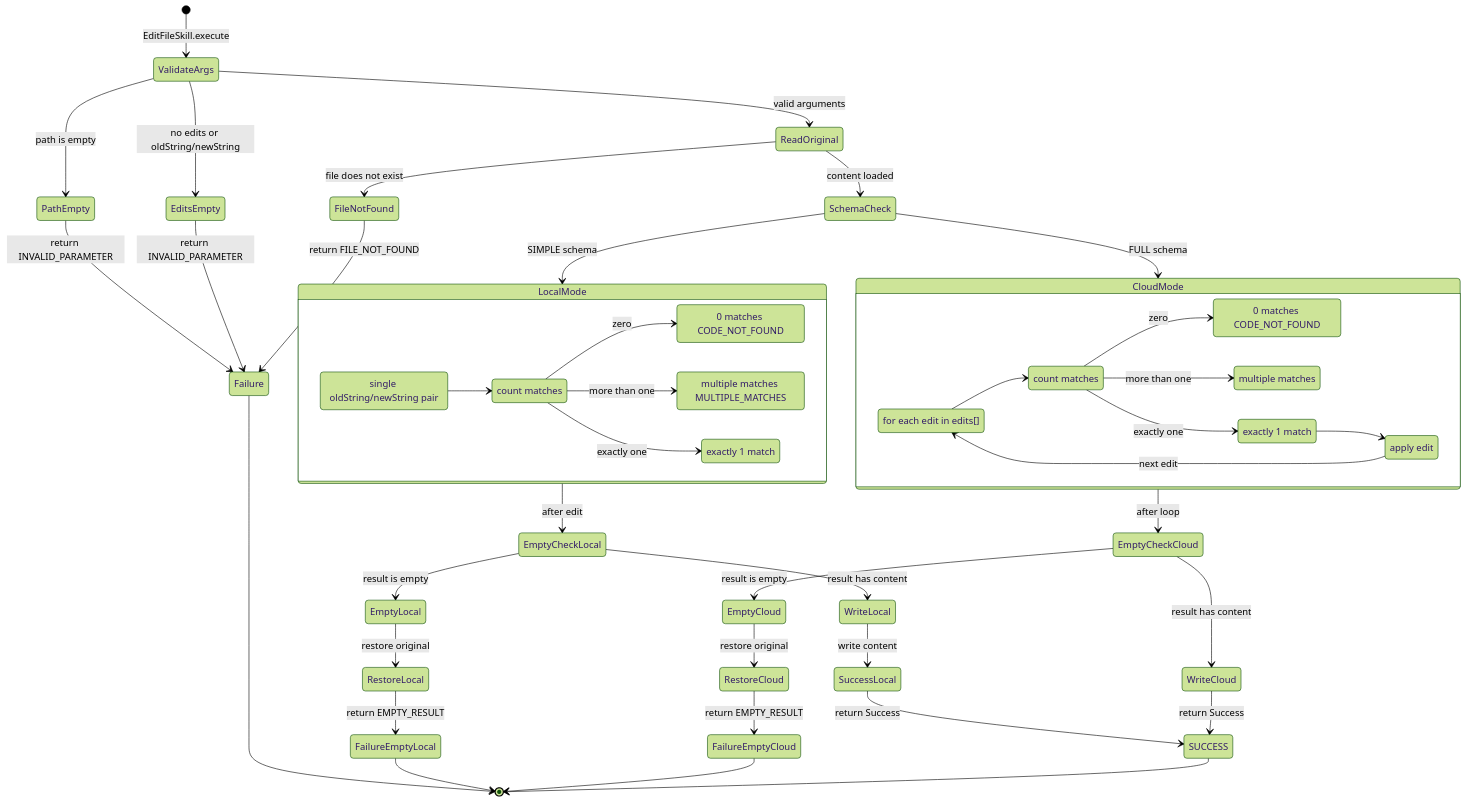
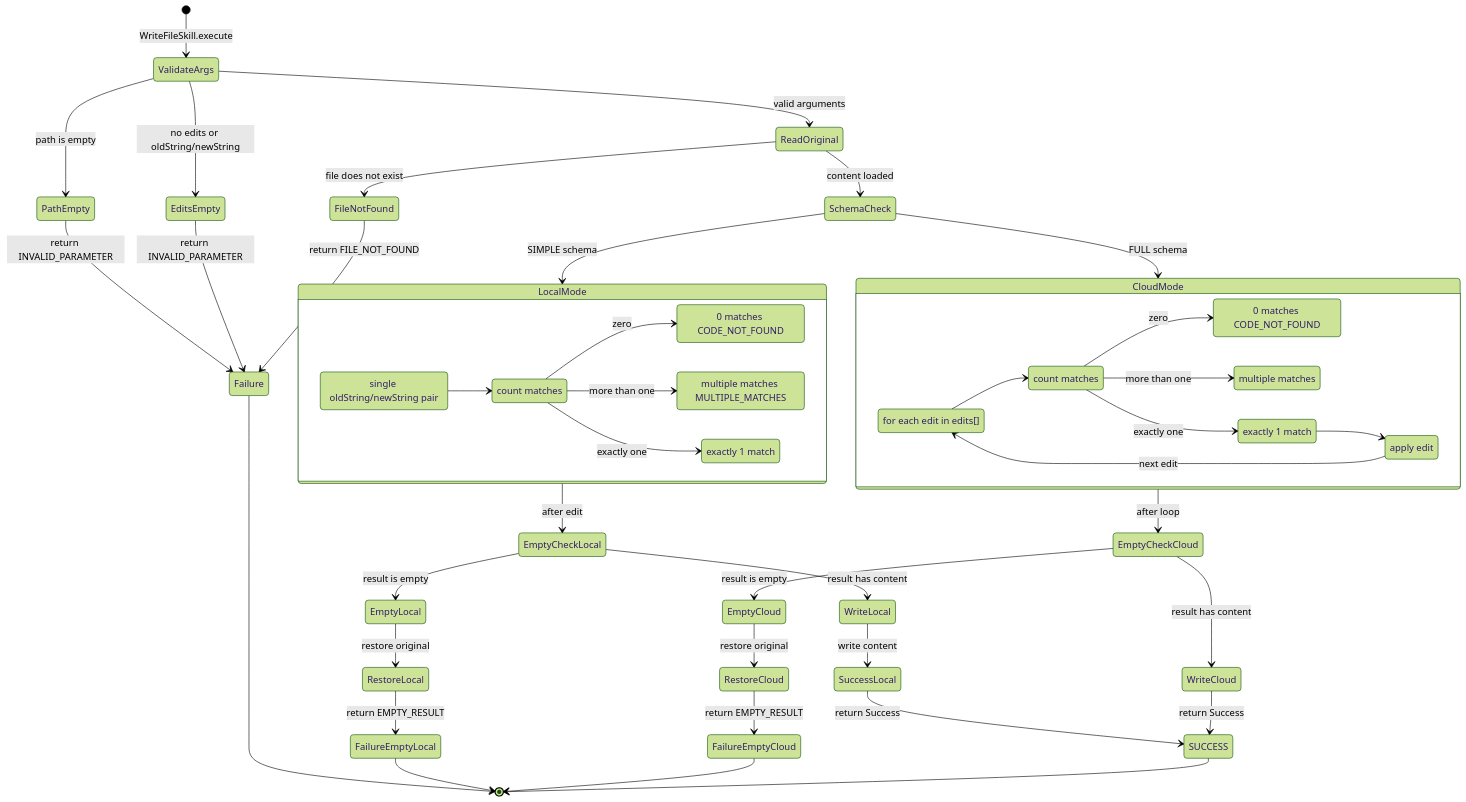
Before and after one commit to lg841226/Gradum: diagram 12 of 29 in docs/ARCHITECTURE.md, drawn with Mermaid (forest theme). The commit also changed other lines of this file and 41 other files, not shown here.

First line of the commit message:
feat: merge save_file and edit_file into a single write_file skill

````diff
--- a/docs/ARCHITECTURE.md
+++ b/docs/ARCHITECTURE.md
@@ -883,62 +878,62 @@
 ```mermaid
 stateDiagram-v2
-    [*] --> ValidateArgs: EditFileSkill.execute
+    [*] --> ValidateArgs: WriteFileSkill.execute
     ValidateArgs --> PathEmpty: path is empty
     ValidateArgs --> EditsEmpty: no edits or oldString/newString
     ValidateArgs --> ReadOriginal: valid arguments
     PathEmpty --> Failure: return INVALID_PARAMETER
     EditsEmpty --> Failure: return INVALID_PARAMETER
     ReadOriginal --> FileNotFound: file does not exist
     FileNotFound --> Failure: return FILE_NOT_FOUND
     ReadOriginal --> SchemaCheck: content loaded
     state SchemaCheck <<choice>>
     SchemaCheck --> LocalMode: SIMPLE schema
     SchemaCheck --> CloudMode: FULL schema
 
     state LocalMode {
         direction LR
         L1: single oldString/newString pair
         L2: count matches
         L3: 0 matches CODE_NOT_FOUND
         L4: multiple matches MULTIPLE_MATCHES
         L5: exactly 1 match
         L1 --> L2
         L2 --> L3: zero
         L2 --> L4: more than one
         L2 --> L5: exactly one
     }
 
     state CloudMode {
         direction LR
         C1: for each edit in edits[]
         C2: count matches
         C3: 0 matches CODE_NOT_FOUND
         C4: multiple matches
         C5: exactly 1 match
         C6: apply edit
         C1 --> C2
         C2 --> C3: zero
         C2 --> C4: more than one
         C2 --> C5: exactly one
         C5 --> C6
         C6 --> C1: next edit
     }
 
     LocalMode --> EmptyCheckLocal: after edit
     CloudMode --> EmptyCheckCloud: after loop
     EmptyCheckLocal --> EmptyLocal: result is empty
     EmptyCheckLocal --> WriteLocal: result has content
     EmptyLocal --> RestoreLocal: restore original
     RestoreLocal --> FailureEmptyLocal: return EMPTY_RESULT
     WriteLocal --> SuccessLocal: write content
     SuccessLocal --> SUCCESS: return Success
     EmptyCheckCloud --> EmptyCloud: result is empty
     EmptyCheckCloud --> WriteCloud: result has content
     EmptyCloud --> RestoreCloud: restore original
     RestoreCloud --> FailureEmptyCloud: return EMPTY_RESULT
     WriteCloud --> SUCCESS: return Success
     Failure --> [*]
     FailureEmptyLocal --> [*]
     FailureEmptyCloud --> [*]
     SUCCESS --> [*]
 ```
````
